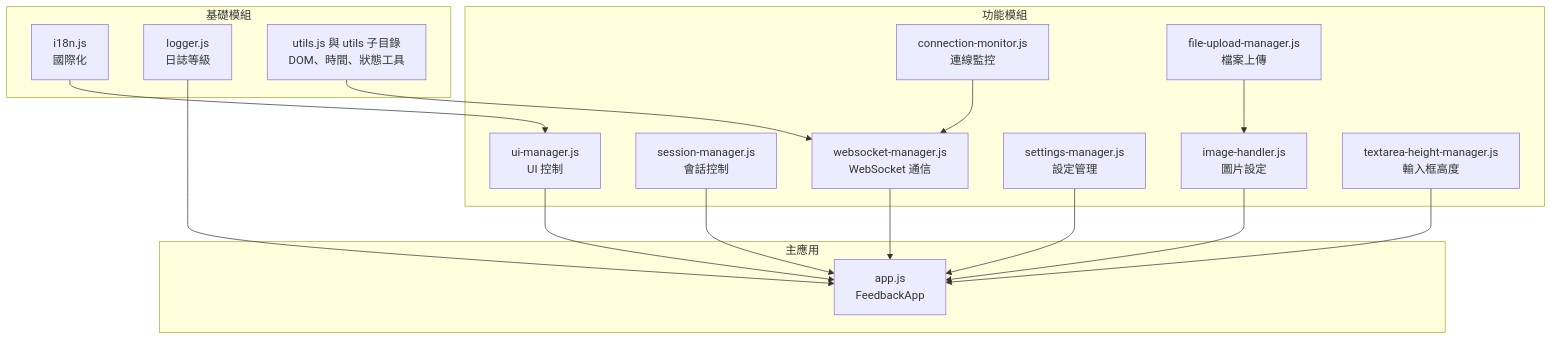
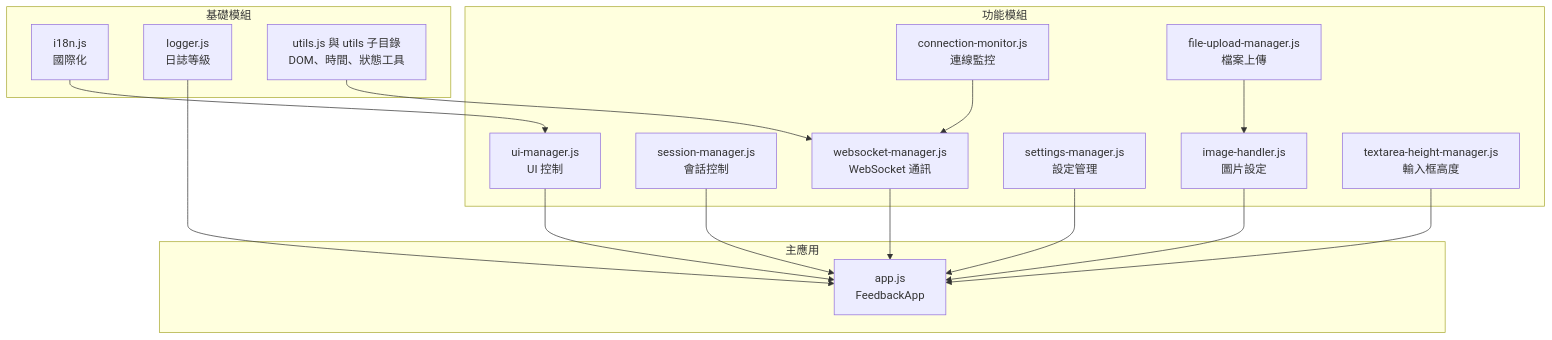
Before and after one commit to CloudEngineHub/mcp-feedback-enhanced: diagram 11 of 12 in docs/architecture/component-details.md, drawn with Mermaid. The commit also changed other lines of this file, not shown here.

````diff
--- a/docs/architecture/component-details.md
+++ b/docs/architecture/component-details.md
@@ -751,35 +751,35 @@
 ```mermaid
 graph TD
     subgraph "基礎模組"
         I18N[i18n.js<br/>國際化]
         LOGGER[logger.js<br/>日誌等級]
         UTILS[utils.js 與 utils 子目錄<br/>DOM、時間、狀態工具]
     end
 
     subgraph "功能模組"
-        WS[websocket-manager.js<br/>WebSocket 通信]
+        WS[websocket-manager.js<br/>WebSocket 通訊]
         MONITOR[connection-monitor.js<br/>連線監控]
         SESSION[session-manager.js<br/>會話控制]
         UPLOAD[file-upload-manager.js<br/>檔案上傳]
         IMG[image-handler.js<br/>圖片設定]
         SETTINGS[settings-manager.js<br/>設定管理]
         UI[ui-manager.js<br/>UI 控制]
         HEIGHT[textarea-height-manager.js<br/>輸入框高度]
     end
 
     subgraph "主應用"
         APP[app.js<br/>FeedbackApp]
     end
 
     UTILS --> WS
     MONITOR --> WS
     UPLOAD --> IMG
     I18N --> UI
     LOGGER --> APP
     WS --> APP
     SESSION --> APP
     IMG --> APP
     SETTINGS --> APP
     UI --> APP
     HEIGHT --> APP
 ```
````
